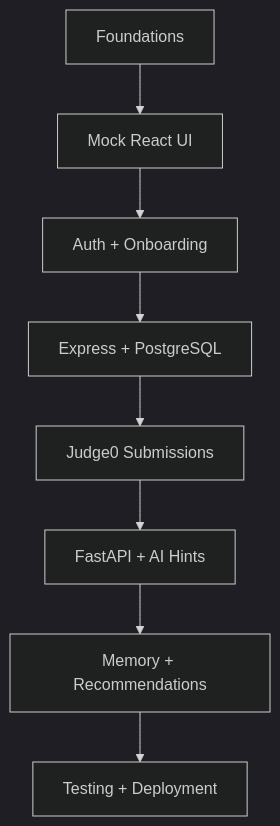
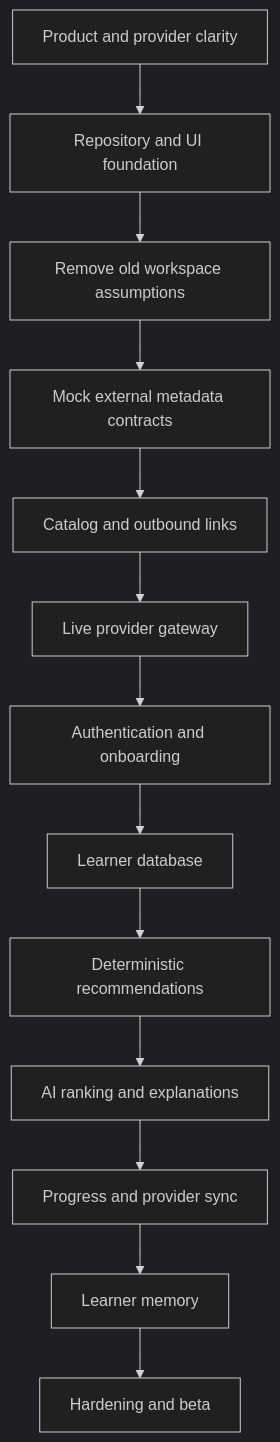
One commit to dhruvwarriorr/AlgoMemtor changed the diagram in docs/ROADMAP.md. Above: the diagram before and after it, drawn with Mermaid (dark theme). The commit also changed other lines of this file and 22 other files, not shown here.

Commit message:
refactor: switch to external problem discovery architecture

````diff
--- a/docs/ROADMAP.md
+++ b/docs/ROADMAP.md
@@ -98,10 +96,15 @@
 ```mermaid
 flowchart TD
-    A["Foundations"] --> B["Mock React UI"]
-    B --> C["Auth + Onboarding"]
-    C --> D["Express + PostgreSQL"]
-    D --> E["Judge0 Submissions"]
-    E --> F["FastAPI + AI Hints"]
-    F --> G["Memory + Recommendations"]
-    G --> H["Testing + Deployment"]
+    A["Product and provider clarity"] --> B["Repository and UI foundation"]
+    B --> C["Remove old workspace assumptions"]
+    C --> D["Mock external metadata contracts"]
+    D --> E["Catalog and outbound links"]
+    E --> F["Live provider gateway"]
+    F --> G["Authentication and onboarding"]
+    G --> H["Learner database"]
+    H --> I["Deterministic recommendations"]
+    I --> J["AI ranking and explanations"]
+    J --> K["Progress and provider sync"]
+    K --> L["Learner memory"]
+    L --> M["Hardening and beta"]
 ```
````
